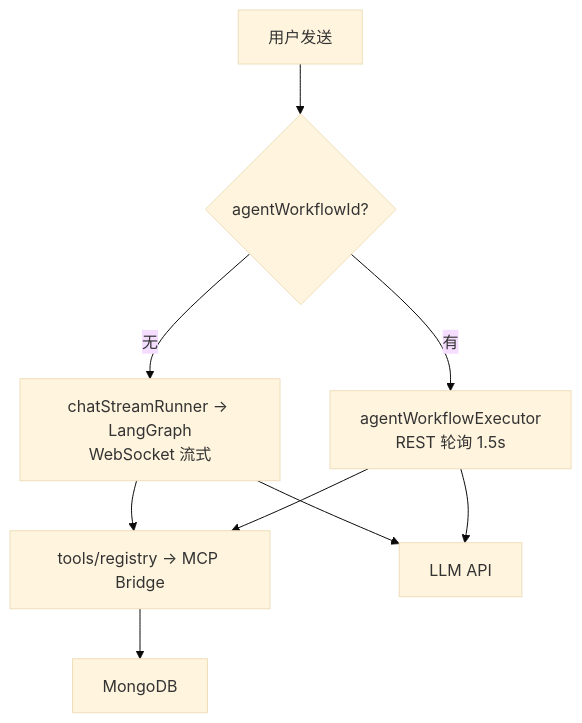
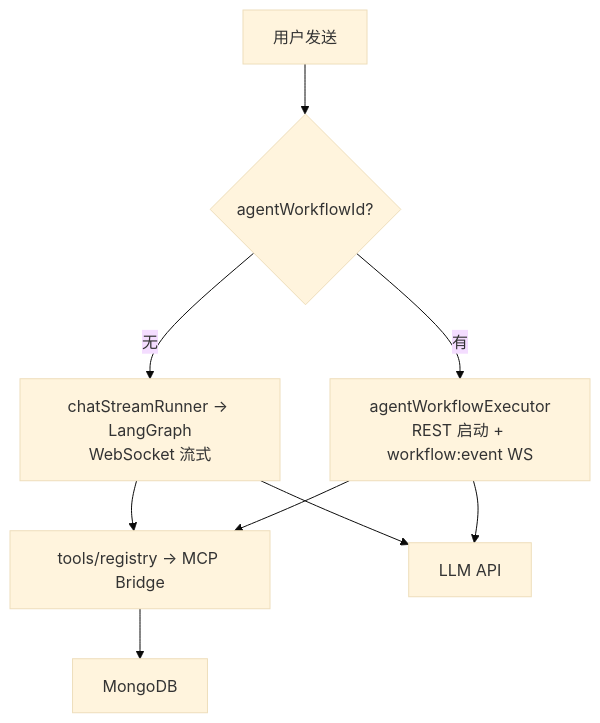
Diagram 11 of 11 in docs/design/chat.md (nan1010082085/ai-platform), drawn with Mermaid (base theme) before and after one commit. The commit also changed other lines of this file and 85 other files, not shown here.

````diff
--- a/docs/design/chat.md
+++ b/docs/design/chat.md
@@ -368,11 +369,11 @@
 ```mermaid
 flowchart TD
   Send["用户发送"] --> Mode{agentWorkflowId?}
   Mode -->|无| LG["chatStreamRunner → LangGraph\nWebSocket 流式"]
-  Mode -->|有| WF["agentWorkflowExecutor\nREST 轮询 1.5s"]
+  Mode -->|有| WF["agentWorkflowExecutor\nREST 启动 + workflow:event WS"]
   LG --> MCP["tools/registry → MCP Bridge"]
   WF --> MCP
   MCP --> DB["MongoDB"]
   LG --> LLM["LLM API"]
   WF --> LLM
 ```
````
